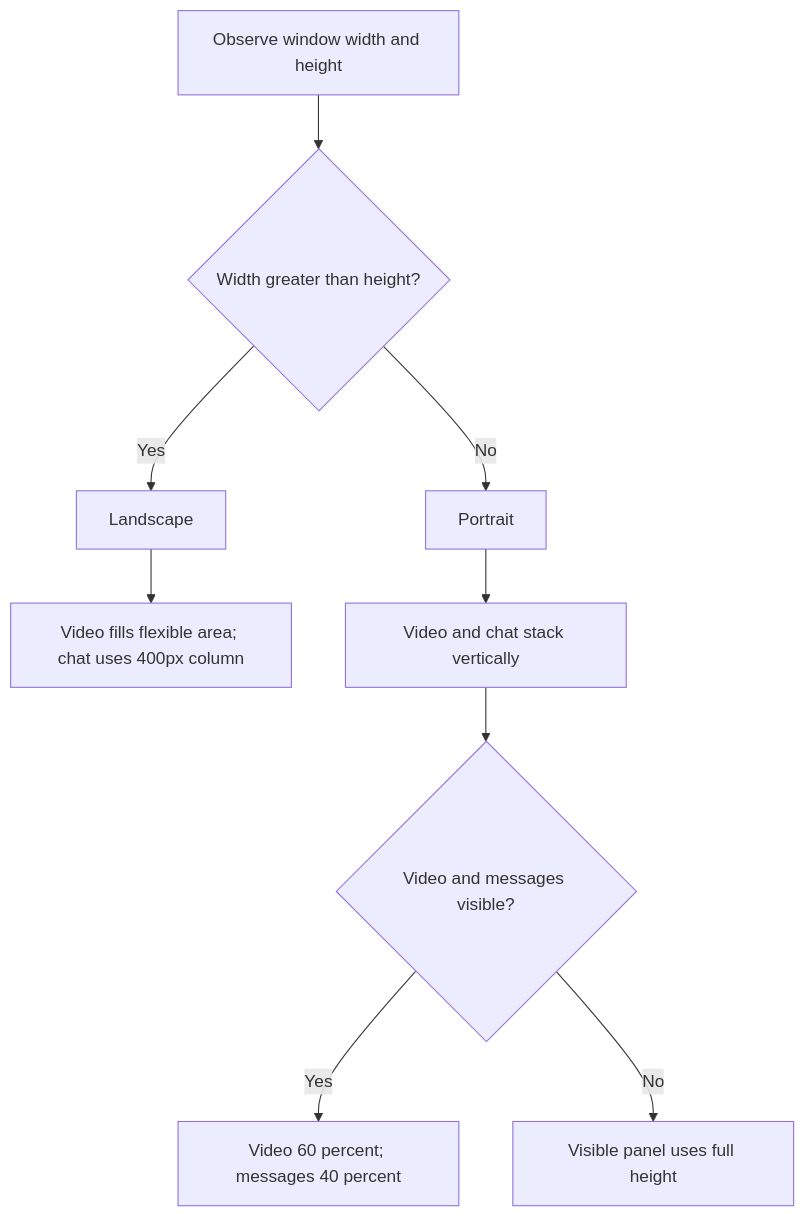
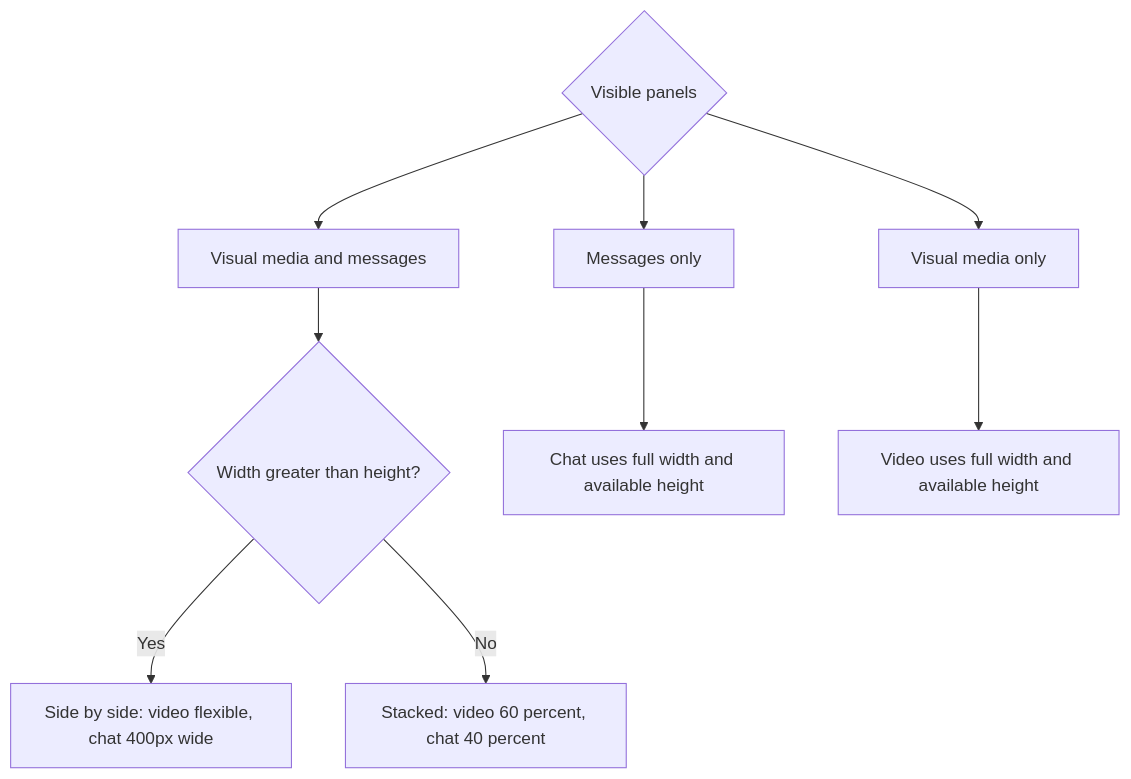
Before and after one commit to drunkod/chitchatter: the fifth of 5 diagrams in docs/architecture/ui-architecture.md, drawn with Mermaid. The commit also changed other lines of this file and 2 other files, not shown here.

Commit message:
Clarify architecture docs and reproduction steps

````diff
--- a/docs/architecture/ui-architecture.md
+++ b/docs/architecture/ui-architecture.md
@@ -130,11 +141,13 @@
 ```mermaid
 flowchart TD
-    Size[Observe window width and height] --> Orientation{Width greater than height?}
-    Orientation -- Yes --> Landscape[Landscape]
-    Orientation -- No --> Portrait[Portrait]
-    Landscape --> SideBySide[Video fills flexible area; chat uses 400px column]
-    Portrait --> Stacked[Video and chat stack vertically]
-    Stacked --> Both{Video and messages visible?}
-    Both -- Yes --> Split[Video 60 percent; messages 40 percent]
-    Both -- No --> Full[Visible panel uses full height]
+    State{Visible panels} --> Both[Visual media and messages]
+    State --> MessagesOnly[Messages only]
+    State --> VideoOnly[Visual media only]
+
+    Both --> Orientation{Width greater than height?}
+    Orientation -- Yes --> Landscape[Side by side: video flexible, chat 400px wide]
+    Orientation -- No --> Portrait[Stacked: video 60 percent, chat 40 percent]
+
+    MessagesOnly --> ChatFull[Chat uses full width and available height]
+    VideoOnly --> VideoFull[Video uses full width and available height]
 ```
````
